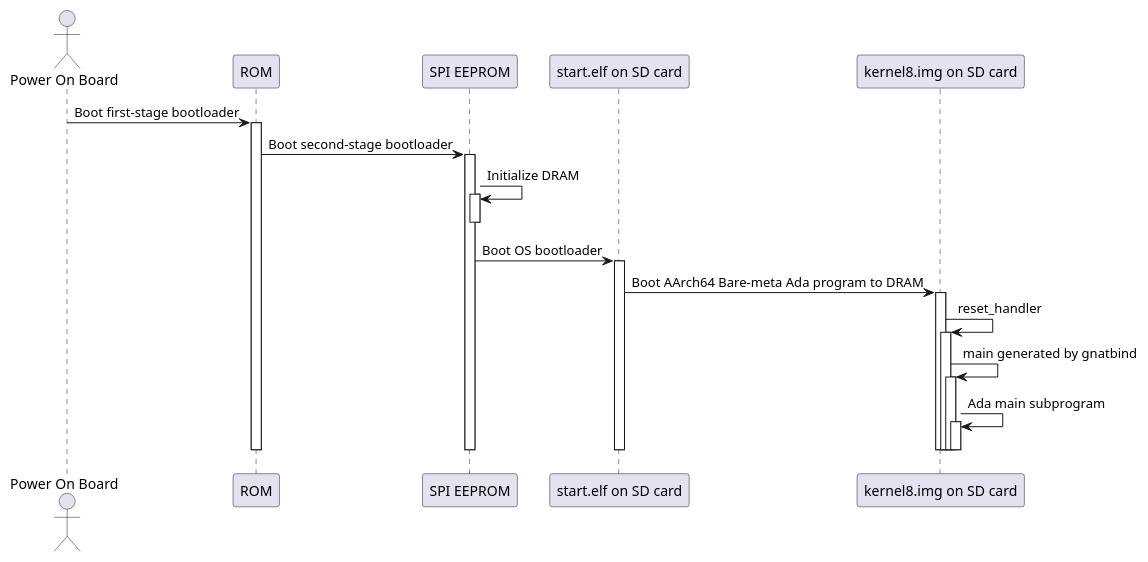
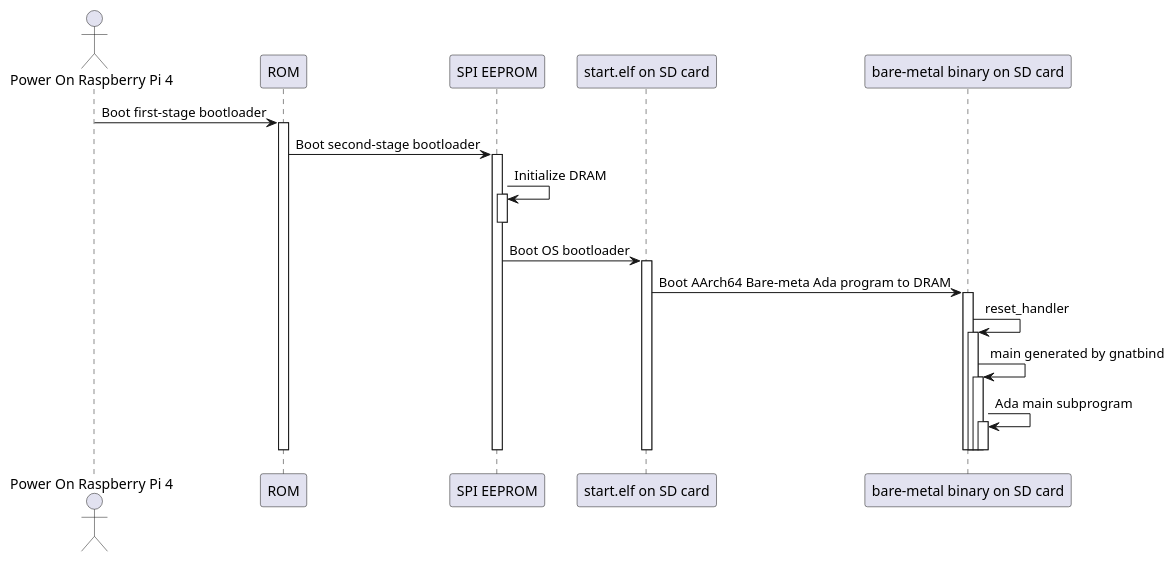
One commit to jgrivera67/aarch64_bare_metal_ada changed the second of 3 diagrams in docs/uml_diagrams.puml. Above: the diagram before and after it, drawn with PlantUML. The commit also changed other lines of this file and 14 other files, not shown here.

```diff
--- a/docs/uml_diagrams.puml
+++ b/docs/uml_diagrams.puml
@@ -14,30 +67,28 @@
 @startuml raspberrypi4_boot_sequence
-
 'title RaspberryPI 4 Boot Sequence
-
-actor "Power On Board"
-"Power On Board" -> "ROM" : Boot first-stage bootloader
+actor "Power On Raspberry Pi 4"
+"Power On Raspberry Pi 4" -> "ROM" : Boot first-stage bootloader
 activate "ROM"
    "ROM" -> "SPI EEPROM" : Boot second-stage bootloader
    activate "SPI EEPROM"
       "SPI EEPROM" -> "SPI EEPROM" : Initialize DRAM
       activate "SPI EEPROM"
       deactivate "SPI EEPROM"
       "SPI EEPROM" -> "start.elf on SD card" : Boot OS bootloader
       activate "start.elf on SD card"
-         "start.elf on SD card" -> "kernel8.img on SD card" : Boot AArch64 Bare-meta Ada program to DRAM
-         activate "kernel8.img on SD card"
-            "kernel8.img on SD card" -> "kernel8.img on SD card" : reset_handler
-            activate "kernel8.img on SD card"
-               "kernel8.img on SD card" -> "kernel8.img on SD card" : main generated by gnatbind
-               activate "kernel8.img on SD card"
-                  "kernel8.img on SD card" -> "kernel8.img on SD card" : Ada main subprogram
-                  activate "kernel8.img on SD card"
-                  deactivate "kernel8.img on SD card"
-               deactivate "kernel8.img on SD card"
-            deactivate "kernel8.img on SD card"
-         deactivate "kernel8.img on SD card"
+         "start.elf on SD card" -> "bare-metal binary on SD card" : Boot AArch64 Bare-meta Ada program to DRAM
+         activate "bare-metal binary on SD card"
+            "bare-metal binary on SD card" -> "bare-metal binary on SD card" : reset_handler
+            activate "bare-metal binary on SD card"
+               "bare-metal binary on SD card" -> "bare-metal binary on SD card" : main generated by gnatbind
+               activate "bare-metal binary on SD card"
+                  "bare-metal binary on SD card" -> "bare-metal binary on SD card" : Ada main subprogram
+                  activate "bare-metal binary on SD card"
+                  deactivate "bare-metal binary on SD card"
+               deactivate "bare-metal binary on SD card"
+            deactivate "bare-metal binary on SD card"
+         deactivate "bare-metal binary on SD card"
       deactivate "start.elf on SD card"
    deactivate "SPI EEPROM"
 deactivate "ROM"
 @enduml
```
